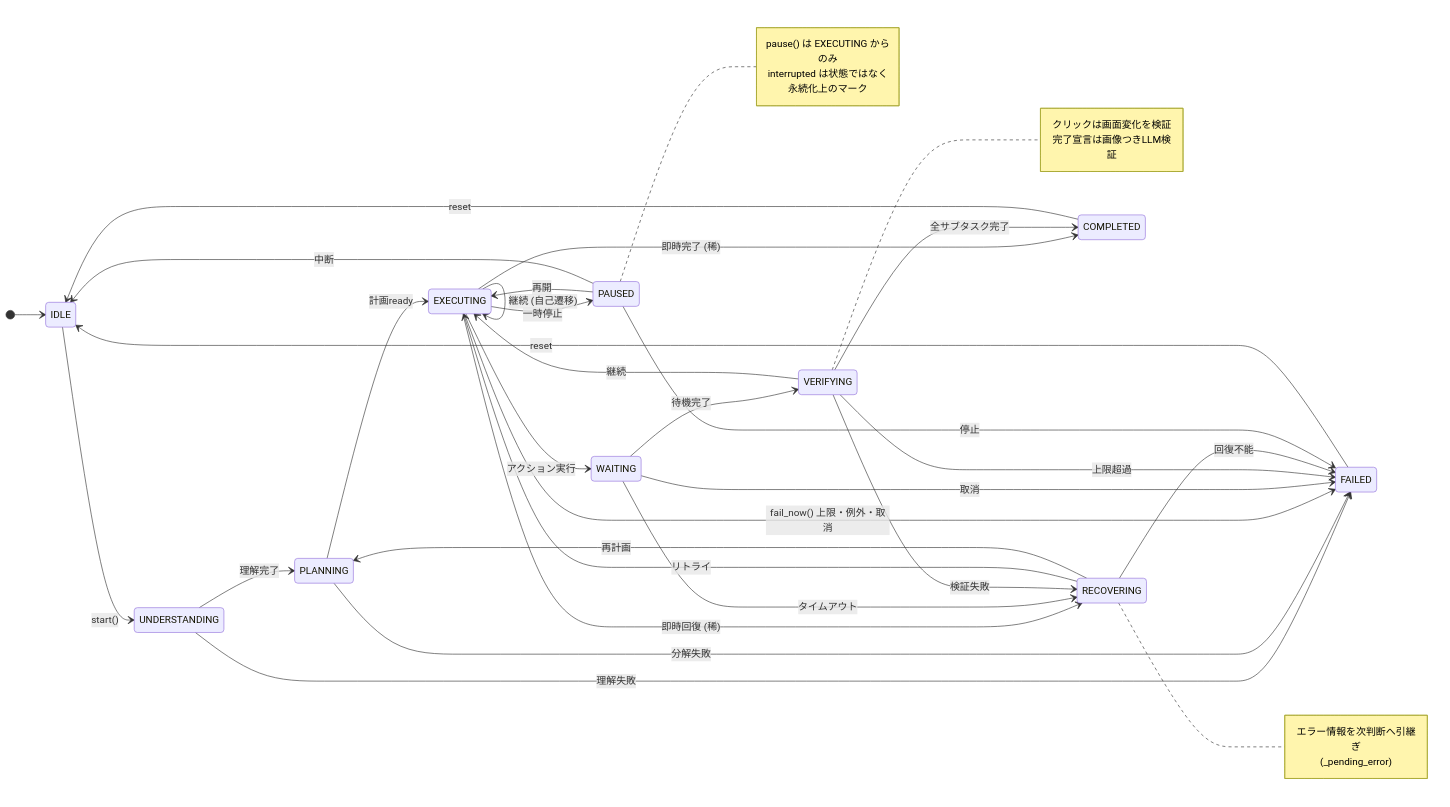
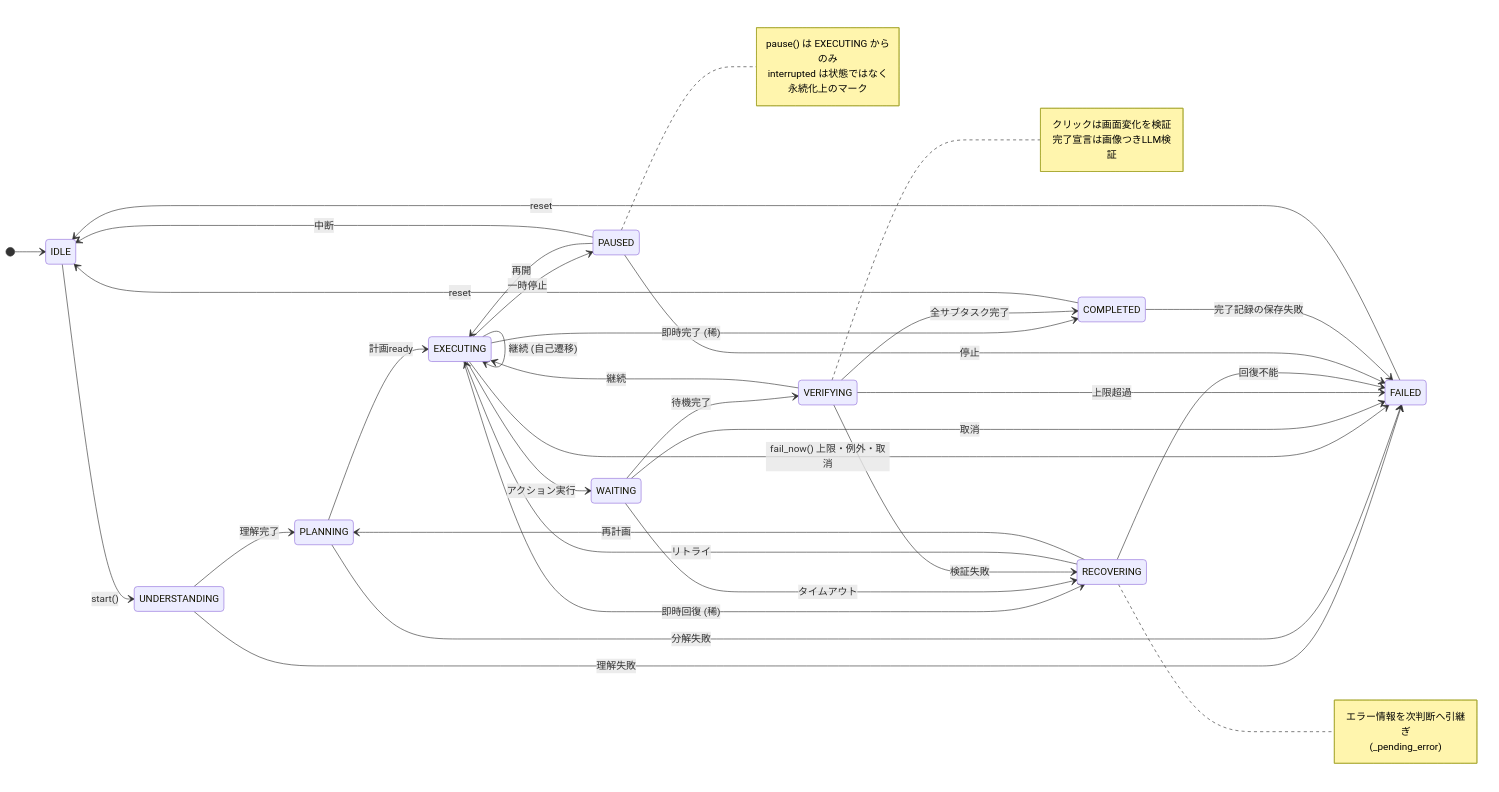
One commit to Milix-M/ai-desktop-agent changed the second of 4 diagrams in docs/architecture.md. Above: the diagram before and after it, drawn with Mermaid. The commit also changed other lines of this file and 11 other files, not shown here.

````diff
--- a/docs/architecture.md
+++ b/docs/architecture.md
@@ -132,47 +138,48 @@
 ```mermaid
 stateDiagram-v2
     direction LR
     [*] --> IDLE
     IDLE --> UNDERSTANDING : start()
     UNDERSTANDING --> PLANNING : 理解完了
     UNDERSTANDING --> FAILED : 理解失敗
     PLANNING --> EXECUTING : 計画ready
     PLANNING --> FAILED : 分解失敗
     EXECUTING --> WAITING : アクション実行
     EXECUTING --> EXECUTING : 継続 (自己遷移)
     EXECUTING --> PAUSED : 一時停止
     EXECUTING --> FAILED : fail_now() 上限・例外・取消
     EXECUTING --> RECOVERING : 即時回復 (稀)
     EXECUTING --> COMPLETED : 即時完了 (稀)
     WAITING --> VERIFYING : 待機完了
     WAITING --> RECOVERING : タイムアウト
     WAITING --> FAILED : 取消
     VERIFYING --> EXECUTING : 継続
     VERIFYING --> COMPLETED : 全サブタスク完了
     VERIFYING --> RECOVERING : 検証失敗
     VERIFYING --> FAILED : 上限超過
     RECOVERING --> EXECUTING : リトライ
     RECOVERING --> PLANNING : 再計画
     RECOVERING --> FAILED : 回復不能
     PAUSED --> EXECUTING : 再開
     PAUSED --> IDLE : 中断
     PAUSED --> FAILED : 停止
     COMPLETED --> IDLE : reset
+    COMPLETED --> FAILED : 完了記録の保存失敗
     FAILED --> IDLE : reset
 
     note right of VERIFYING
         クリックは画面変化を検証
         完了宣言は画像つきLLM検証
     end note
 
     note right of RECOVERING
         エラー情報を次判断へ引継ぎ
         (_pending_error)
     end note
 
     note right of PAUSED
         pause() は EXECUTING からのみ
         interrupted は状態ではなく
         永続化上のマーク
     end note
 ```
````
